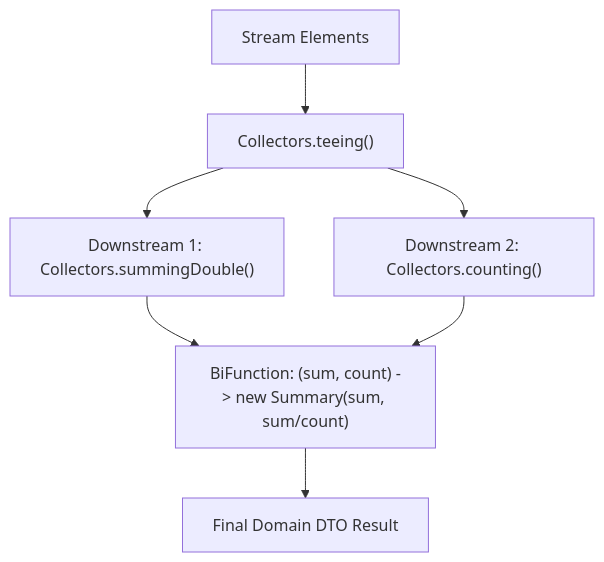
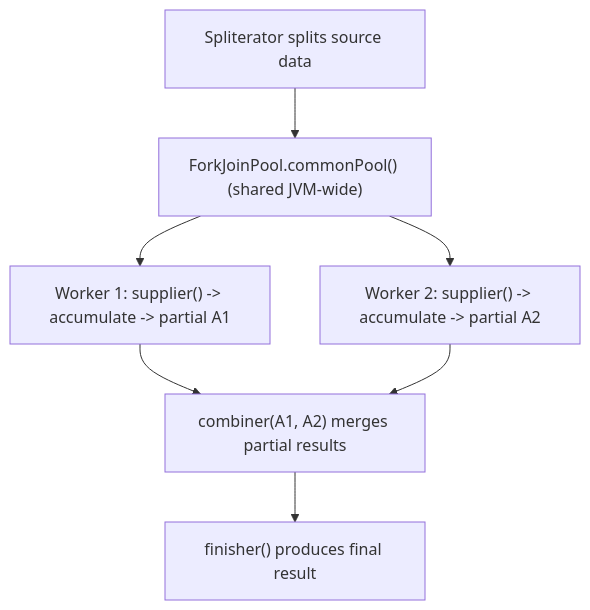
Before and after one commit to ravishankar2463/java_hub: the fourth of 4 diagrams in content/roadmap/level-4/advanced-streams-collectors.md, drawn with Mermaid. The commit also changed other lines of this file and 119 other files, not shown here.

Commit message:
feat: add comprehensive java learning roadmap content across multiple levels

````diff
--- a/content/roadmap/level-4/advanced-streams-collectors.md
+++ b/content/roadmap/level-4/advanced-streams-collectors.md
@@ -211,9 +337,9 @@
 ```mermaid
 flowchart TD
-    Input["Stream Elements"] --> Tee["Collectors.teeing()"]
-    Tee --> Downstream1["Downstream 1: Collectors.summingDouble()"]
-    Tee --> Downstream2["Downstream 2: Collectors.counting()"]
-    Downstream1 --> Merger["BiFunction: (sum, count) -&gt; new Summary(sum, sum/count)"]
-    Downstream2 --> Merger
-    Merger --> Output["Final Domain DTO Result"]
+    source["Spliterator splits source data"] --> pool["ForkJoinPool.commonPool() (shared JVM-wide)"]
+    pool --> w1["Worker 1: supplier() -> accumulate -> partial A1"]
+    pool --> w2["Worker 2: supplier() -> accumulate -> partial A2"]
+    w1 --> comb["combiner(A1, A2) merges partial results"]
+    w2 --> comb
+    comb --> fin["finisher() produces final result"]
 ```
````
